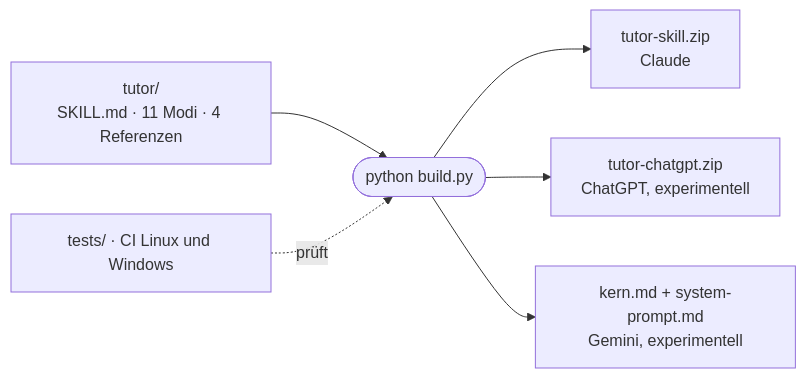
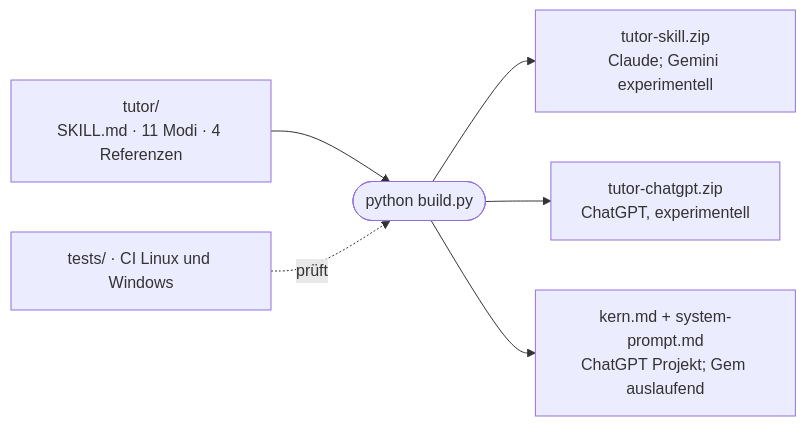
The second of 2 diagrams in README.md (Sae-l/tutor), drawn with Mermaid before and after one commit. The commit also changed other lines of this file and 14 other files, not shown here.

First line of the commit message:
docs: Plattformwege auf Stand 20.10.2026 (Gemini-Skill, Codex-Kategorie, CHATGPT.md) (#56)

````diff
--- a/README.md
+++ b/README.md
@@ -242,8 +244,8 @@
 ```mermaid
 flowchart LR
     S["tutor/<br/>SKILL.md · 11 Modi · 4 Referenzen"] --> B(["python build.py"])
-    B --> C["tutor-skill.zip<br/>Claude"]
+    B --> C["tutor-skill.zip<br/>Claude; Gemini experimentell"]
     B --> O["tutor-chatgpt.zip<br/>ChatGPT, experimentell"]
-    B --> K["kern.md + system-prompt.md<br/>Gemini, experimentell"]
+    B --> K["kern.md + system-prompt.md<br/>ChatGPT Projekt; Gem auslaufend"]
     T["tests/ · CI Linux und Windows"] -. prüft .-> B
 ```
````
